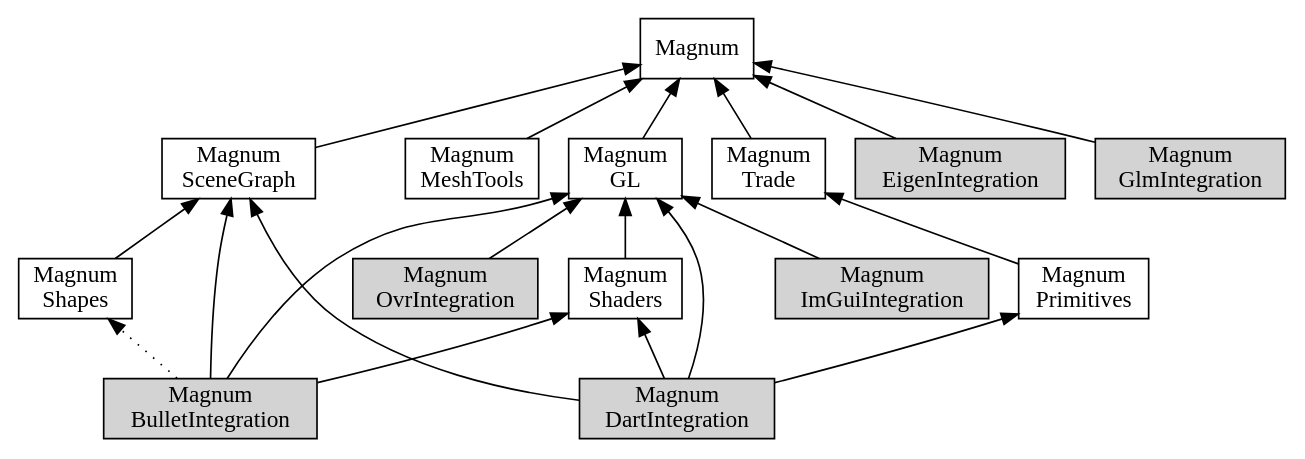
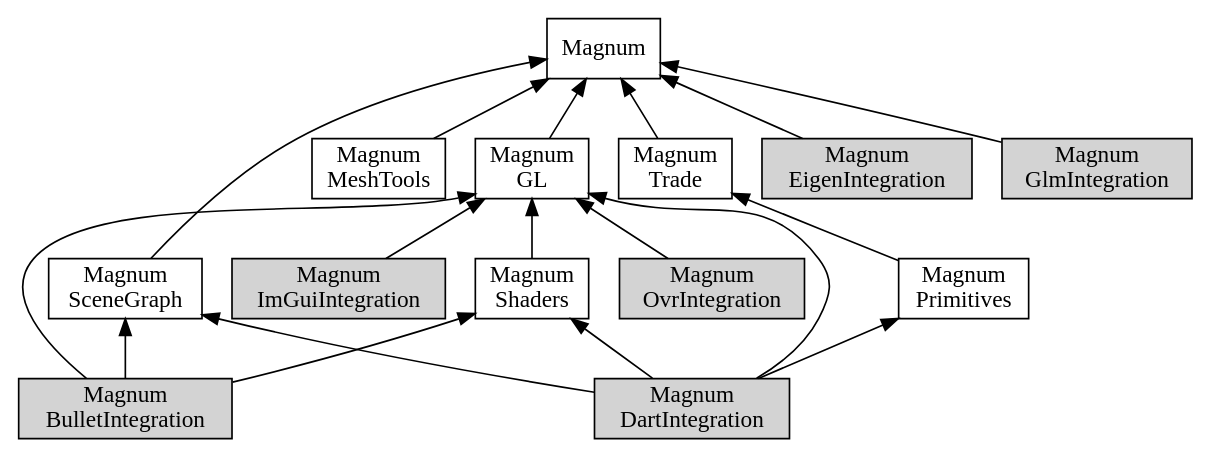
The diagram in doc/custom-buildsystems-integration-order.dot (mosra/magnum-integration), drawn with Graphviz before and after one commit. The commit also changed 16 other files, not shown here.

Commit message:
BulletIntegration: removed deprecated convertShape().

```diff
--- a/doc/custom-buildsystems-integration-order.dot
+++ b/doc/custom-buildsystems-integration-order.dot
@@ -1,69 +1,66 @@
 /*
     This file is part of Magnum.
 
     Copyright © 2010, 2011, 2012, 2013, 2014, 2015, 2016, 2017, 2018, 2019
               Vladimír Vondruš <mosra@centrum.cz>
 
     Permission is hereby granted, free of charge, to any person obtaining a
     copy of this software and associated documentation files (the "Software"),
     to deal in the Software without restriction, including without limitation
     the rights to use, copy, modify, merge, publish, distribute, sublicense,
     and/or sell copies of the Software, and to permit persons to whom the
     Software is furnished to do so, subject to the following conditions:
 
     The above copyright notice and this permission notice shall be included
     in all copies or substantial portions of the Software.
 
     THE SOFTWARE IS PROVIDED "AS IS", WITHOUT WARRANTY OF ANY KIND, EXPRESS OR
     IMPLIED, INCLUDING BUT NOT LIMITED TO THE WARRANTIES OF MERCHANTABILITY,
     FITNESS FOR A PARTICULAR PURPOSE AND NONINFRINGEMENT. IN NO EVENT SHALL
     THE AUTHORS OR COPYRIGHT HOLDERS BE LIABLE FOR ANY CLAIM, DAMAGES OR OTHER
     LIABILITY, WHETHER IN AN ACTION OF CONTRACT, TORT OR OTHERWISE, ARISING
     FROM, OUT OF OR IN CONNECTION WITH THE SOFTWARE OR THE USE OR OTHER
     DEALINGS IN THE SOFTWARE.
 */
 
 digraph "Magnum Integration dependency order" {
     rankdir=BT
     ranksep=0.5
     node [style=filled shape=rect margin="0.03,0.03"]
 
     Magnum [style=solid class="m-info"]
     MagnumGL [style=solid label="Magnum\nGL" class="m-info"]
     MagnumMeshTools [style=solid style=solid label="Magnum\nMeshTools" class="m-info"]
     MagnumPrimitives [style=solid label="Magnum\nPrimitives" class="m-info"]
     MagnumSceneGraph [style=solid label="Magnum\nSceneGraph" class="m-info"]
     MagnumShaders [style=solid label="Magnum\nShaders" class="m-info"]
-    MagnumShapes [style=solid label="Magnum\nShapes" class="m-dim"]
     MagnumTrade [style=solid style=solid label="Magnum\nTrade" class="m-info"]
 
     MagnumBulletIntegration [label="Magnum\nBulletIntegration" class="m-info"]
     MagnumEigenIntegration [label="Magnum\nEigenIntegration" class="m-info"]
     MagnumDartIntegration [label="Magnum\nDartIntegration" class="m-info"]
     MagnumGlmIntegration [label="Magnum\nGlmIntegration" class="m-info"]
     MagnumImGuiIntegration [label="Magnum\nImGuiIntegration" class="m-info"]
     MagnumOvrIntegration [label="Magnum\nOvrIntegration" class="m-info"]
 
     MagnumGL -> Magnum [class="m-info"]
     MagnumMeshTools -> Magnum [class="m-info"]
     MagnumPrimitives -> MagnumTrade [class="m-info"]
     MagnumSceneGraph -> Magnum [class="m-info"]
     MagnumShaders -> MagnumGL [class="m-info"]
-    MagnumShapes -> MagnumSceneGraph [class="m-dim"]
     MagnumTrade -> Magnum [class="m-info"]
 
     MagnumBulletIntegration -> MagnumGL
     MagnumBulletIntegration -> MagnumSceneGraph
     MagnumBulletIntegration -> MagnumShaders
-    MagnumBulletIntegration -> MagnumShapes [style=dotted class="m-dim"]
 
     MagnumDartIntegration -> MagnumGL
     MagnumDartIntegration -> MagnumPrimitives
     MagnumDartIntegration -> MagnumSceneGraph
     MagnumDartIntegration -> MagnumShaders
 
     MagnumEigenIntegration -> Magnum
     MagnumGlmIntegration -> Magnum
     MagnumImGuiIntegration -> MagnumGL
     MagnumOvrIntegration -> MagnumGL
 }
```
